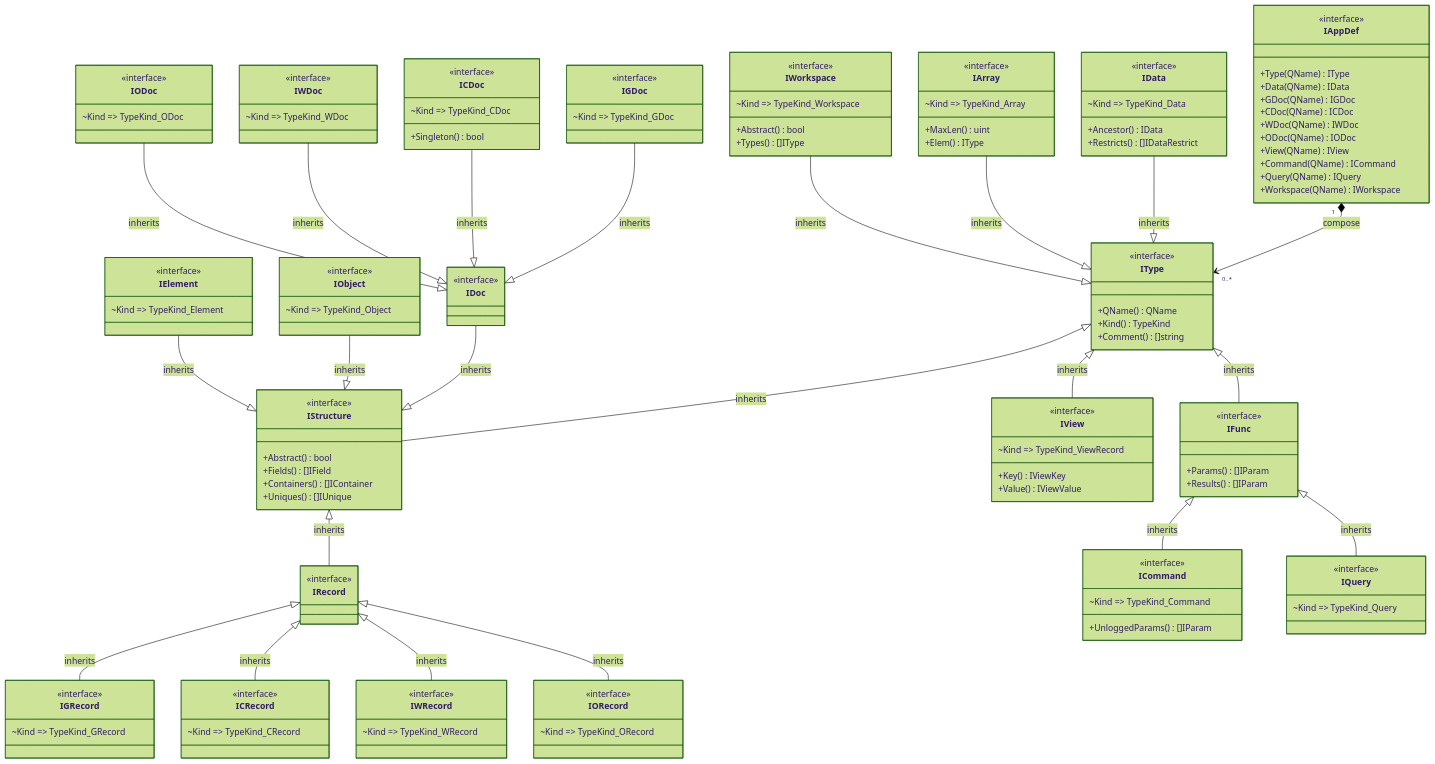
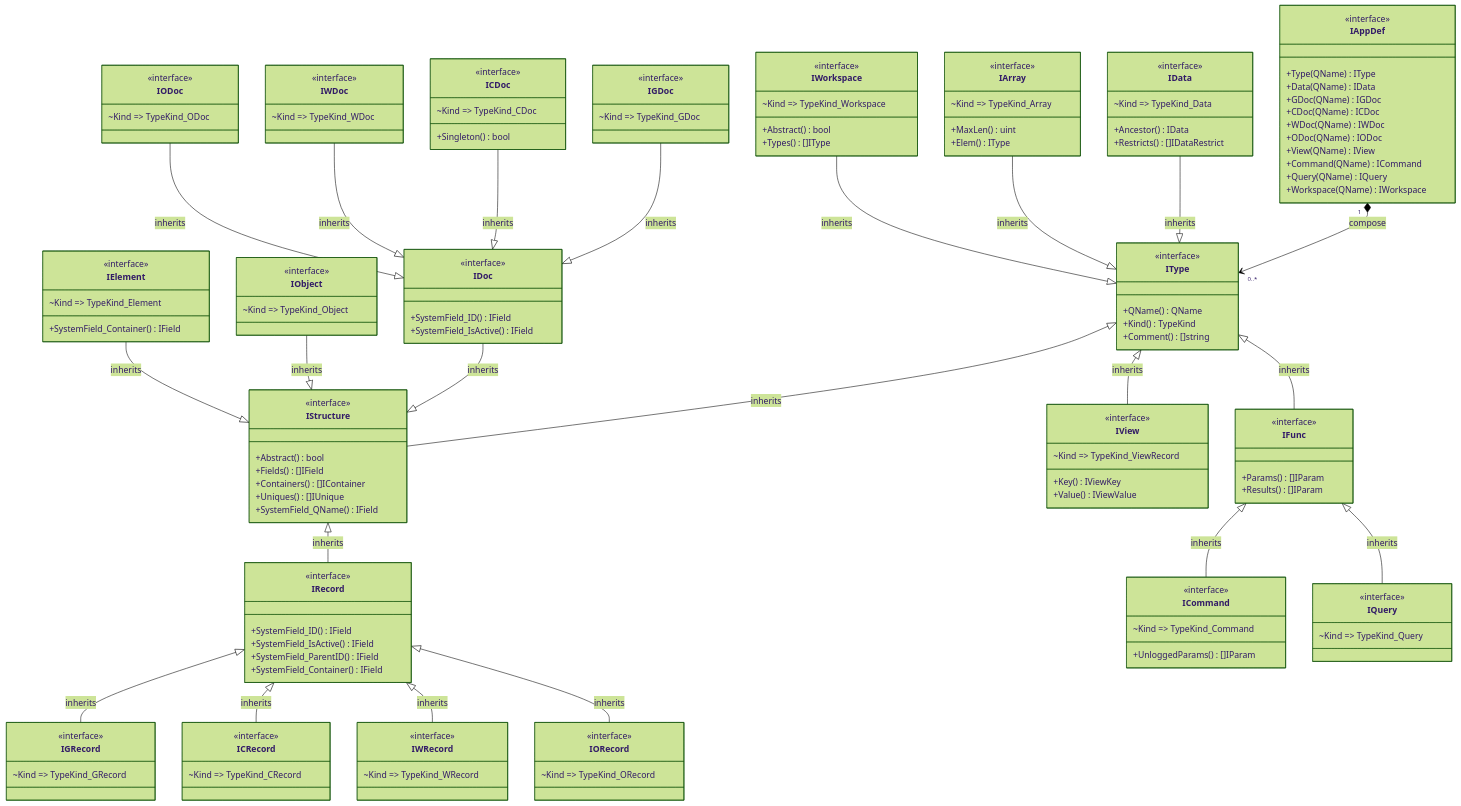
Before and after one commit to voedger/voedger: the first of 6 diagrams in pkg/appdef/README.md, drawn with Mermaid (forest theme). The commit also changed other lines of this file and 69 other files, not shown here.

```diff
--- a/pkg/appdef/README.md
+++ b/pkg/appdef/README.md
@@ -53,11 +53,14 @@
         +Fields() []IField
         +Containers() []IContainer
         +Uniques() []IUnique
+        +SystemField_QName() IField
     }
 
     IDoc --|> IStructure : inherits
     class IDoc {
         <<interface>>
+        +SystemField_ID() IField
+        +SystemField_IsActive() IField
     }
 
     IGDoc --|> IDoc : inherits
@@ -88,6 +91,10 @@
     IStructure <|-- IRecord  : inherits
     class IRecord {
         <<interface>>
+        +SystemField_ID() IField
+        +SystemField_IsActive() IField
+        +SystemField_ParentID() IField
+        +SystemField_Container() IField
     }
 
     IRecord <|-- IGRecord : inherits
@@ -124,6 +131,7 @@
     class IElement {
         <<interface>>
         ~Kind => TypeKind_Element
+        +SystemField_Container() IField
     }
 
     IType <|-- IView : inherits
```
